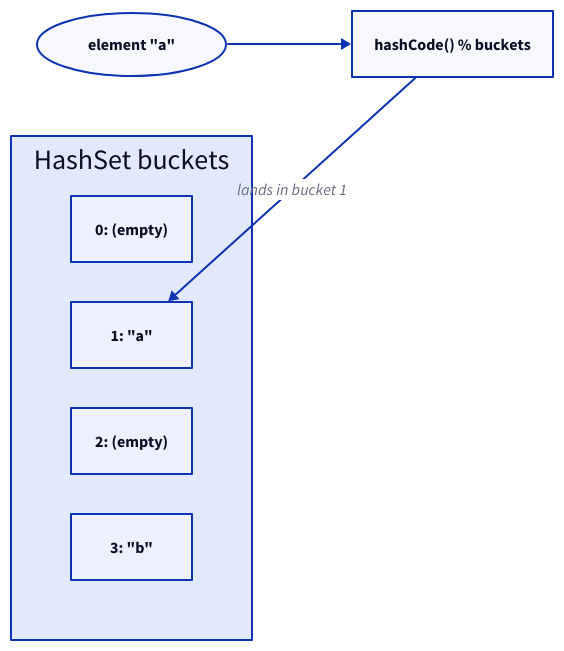
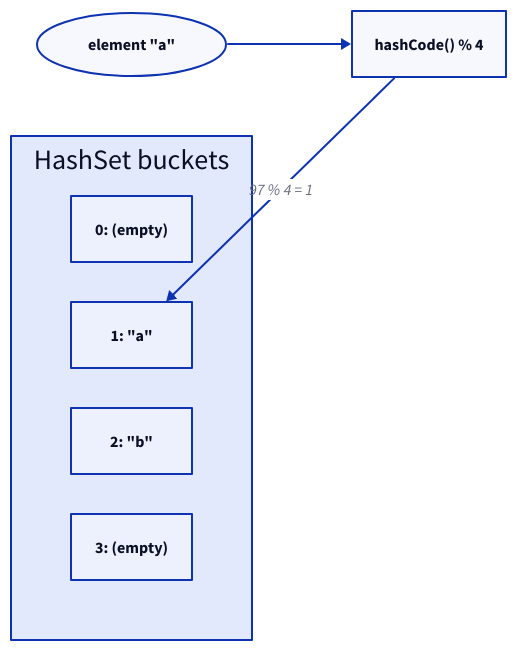
The first of 2 diagrams in 04-core-libraries/03-sets-and-maps.md (ani2fun/java-guide), drawn with D2 before and after one commit. The commit also changed other lines of this file and 5 other files, not shown here.

````diff
--- a/04-core-libraries/03-sets-and-maps.md
+++ b/04-core-libraries/03-sets-and-maps.md
@@ -74,20 +89,20 @@
 ```d2
 direction: right
 
 key: "element  \"a\"" {
   shape: oval
 }
-hashfn: "hashCode() % buckets" {
+hashfn: "hashCode() % 4" {
   shape: rectangle
 }
 buckets: "HashSet buckets" {
   grid-rows: 4
   b0: "0:  (empty)"
   b1: "1:  \"a\""
-  b2: "2:  (empty)"
-  b3: "3:  \"b\""
+  b2: "2:  \"b\""
+  b3: "3:  (empty)"
 }
 
 key -> hashfn
-hashfn -> buckets.b1: "lands in bucket 1"
+hashfn -> buckets.b1: "97 % 4 = 1"
 ```
````
